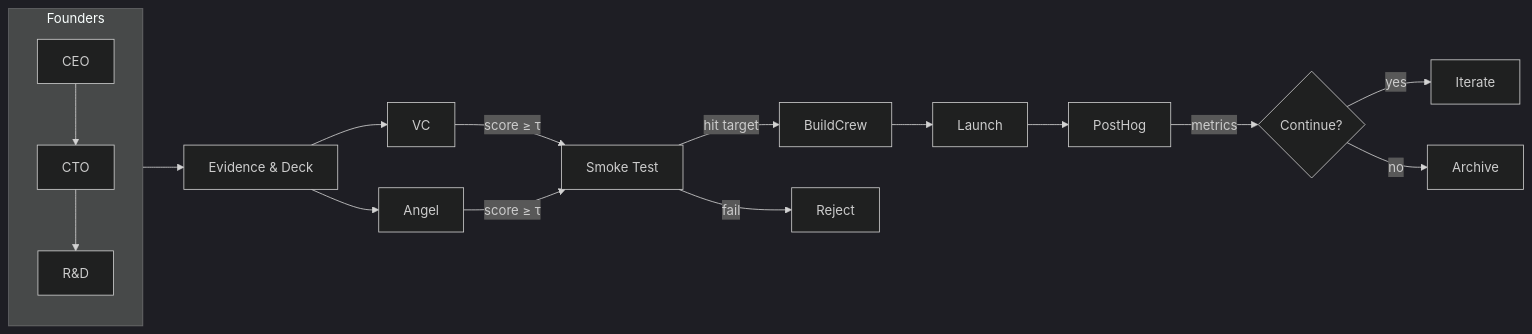
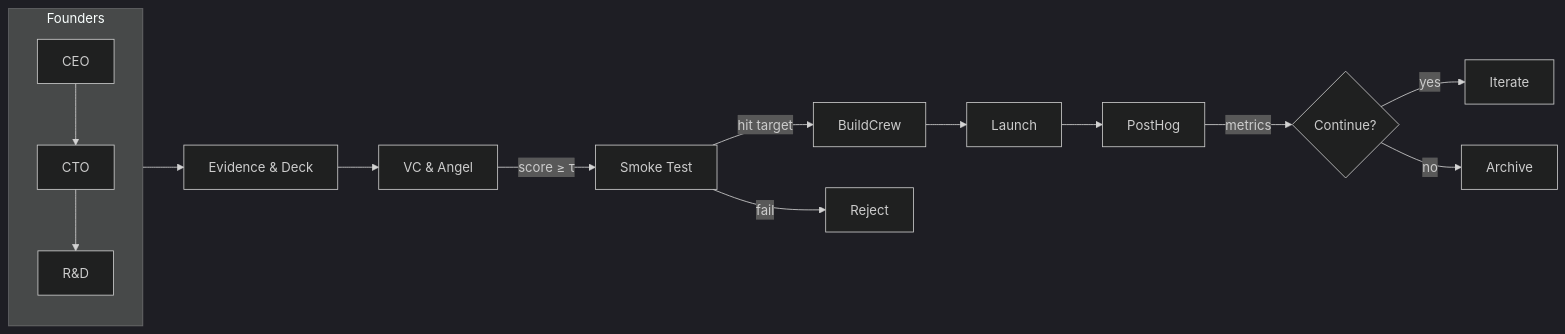
Before and after one commit to danieleschmidt/agentic-startup-studio: the diagram in README.md, drawn with Mermaid (dark theme). The commit also changed other lines of this file and 14 other files, not shown here.

````diff
--- a/README.md
+++ b/README.md
@@ -46,16 +46,16 @@
 ```mermaid
 flowchart LR
   subgraph Founders
     CEO --> CTO --> R&D
   end
   Founders --> V[Evidence & Deck]
-  V --> VC & Angel
-  VC & Angel -->|score ≥ τ| S[Smoke Test]
+  V --> VC_Angel[VC & Angel]
+  VC_Angel -->|score ≥ τ| S[Smoke Test]
   S -- hit target --> BuildCrew
   S -- fail --> Reject
   BuildCrew --> Launch
   Launch --> PostHog
   PostHog -->|metrics| KPI{Continue?}
   KPI -- yes --> Iterate
   KPI -- no --> Archive
 ```
````
